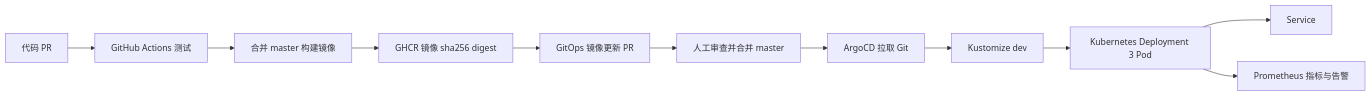
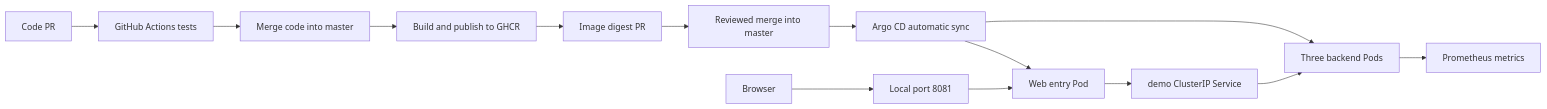
Before and after one commit to rafilo/cicd-playground: the diagram in README.md, drawn with Mermaid. The commit also changed other lines of this file, not shown here.

````diff
--- a/README.md
+++ b/README.md
@@ -15,13 +15,16 @@
 ```mermaid
 flowchart LR
-  A[代码 PR] --> B[GitHub Actions 测试]
-  B --> C[合并 master 构建镜像]
-  C --> D[GHCR 镜像 sha256 digest]
-  D --> E[GitOps 镜像更新 PR]
-  E --> F[人工审查并合并 master]
-  F --> G[ArgoCD 拉取 Git]
-  G --> H[Kustomize dev]
-  H --> I[Kubernetes Deployment 3 Pod]
-  I --> J[Service]
-  I --> K[Prometheus 指标与告警]
+  Code[Code PR] --> Test[GitHub Actions tests]
+  Test --> Merge[Merge code into master]
+  Merge --> Build[Build and publish to GHCR]
+  Build --> Review[Image digest PR]
+  Review --> Git[Reviewed merge into master]
+  Git --> Argo[Argo CD automatic sync]
+  Argo --> Web[Web entry Pod]
+  Argo --> Backends[Three backend Pods]
+  Browser[Browser] --> Forward[Local port 8081]
+  Forward --> Web
+  Web --> Service[demo ClusterIP Service]
+  Service --> Backends
+  Backends --> Monitoring[Prometheus metrics]
 ```
````
